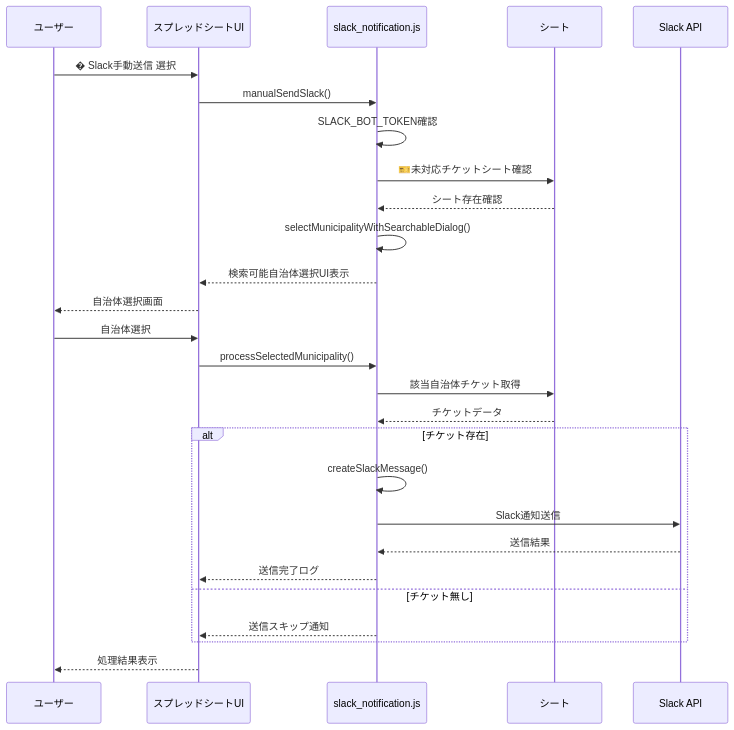
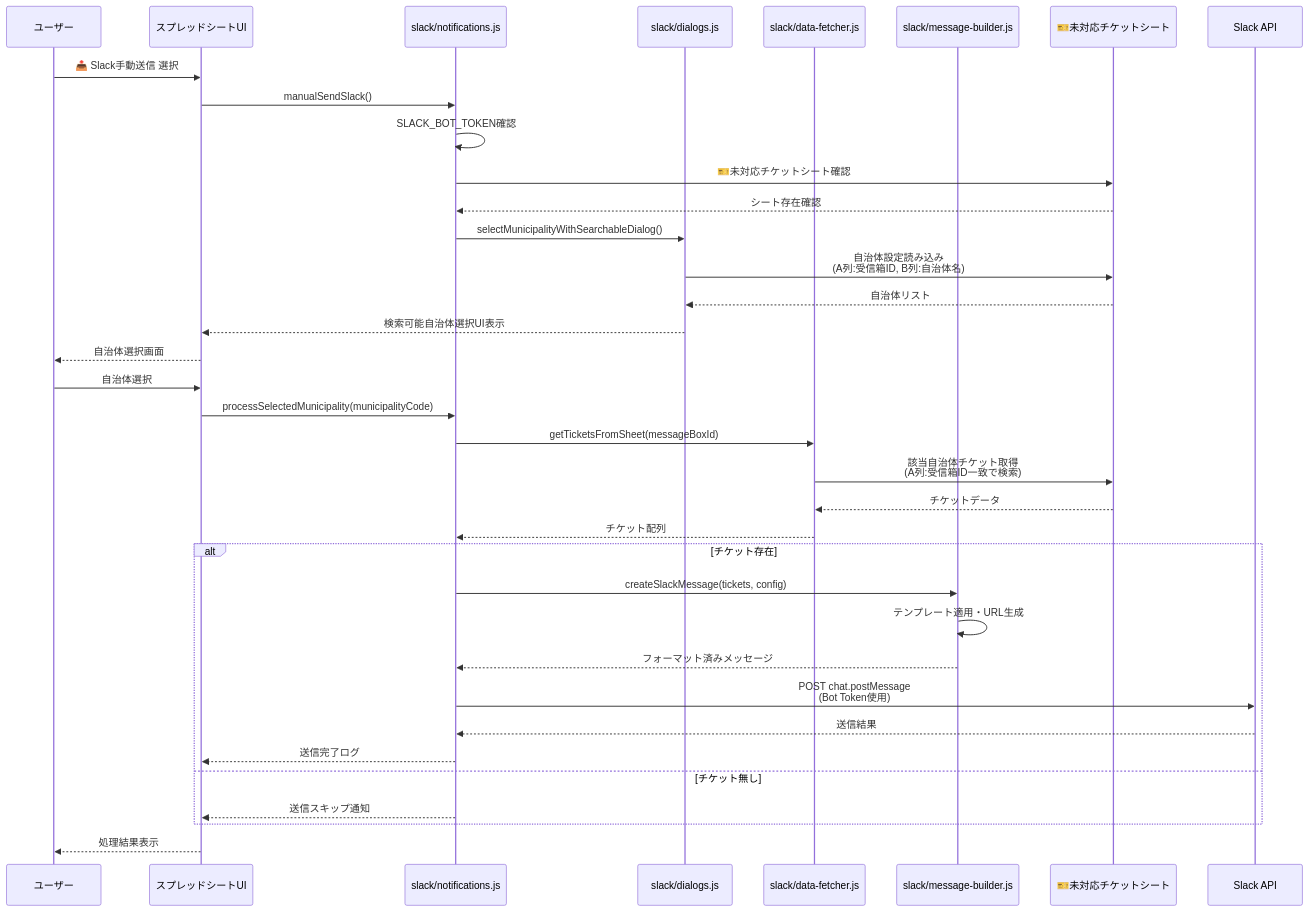
The fourth of 8 diagrams in docs/sequence-diagrams.md (steamship-inc/relation-bot), drawn with Mermaid before and after one commit. The commit also changed other lines of this file, not shown here.

````diff
--- a/docs/sequence-diagrams.md
+++ b/docs/sequence-diagrams.md
@@ -97,33 +97,46 @@
 ```mermaid
 sequenceDiagram
     participant User as ユーザー
     participant UI as スプレッドシートUI
-    participant SN as slack_notification.js
-    participant Sheet as シート
+    participant Notifications as slack/notifications.js
+    participant Dialogs as slack/dialogs.js
+    participant DataFetcher as slack/data-fetcher.js
+    participant MessageBuilder as slack/message-builder.js
+    participant TicketSheet as 🎫未対応チケットシート
     participant Slack as Slack API
 
-    User->>UI: � Slack手動送信 選択
-    UI->>SN: manualSendSlack()
-    SN->>SN: SLACK_BOT_TOKEN確認
-    SN->>Sheet: 🎫未対応チケットシート確認
-    Sheet-->>SN: シート存在確認
-    SN->>SN: selectMunicipalityWithSearchableDialog()
-    SN-->>UI: 検索可能自治体選択UI表示
+    User->>UI: 📤 Slack手動送信 選択
+    UI->>Notifications: manualSendSlack()
+    Notifications->>Notifications: SLACK_BOT_TOKEN確認
+    Notifications->>TicketSheet: 🎫未対応チケットシート確認
+    TicketSheet-->>Notifications: シート存在確認
+    
+    %% 自治体選択フロー
+    Notifications->>Dialogs: selectMunicipalityWithSearchableDialog()
+    Dialogs->>TicketSheet: 自治体設定読み込み<br/>(A列:受信箱ID, B列:自治体名)
+    TicketSheet-->>Dialogs: 自治体リスト
+    Dialogs-->>UI: 検索可能自治体選択UI表示
     UI-->>User: 自治体選択画面
     
+    %% 自治体選択後の処理
     User->>UI: 自治体選択
-    UI->>SN: processSelectedMunicipality()
-    SN->>Sheet: 該当自治体チケット取得
-    Sheet-->>SN: チケットデータ
+    UI->>Notifications: processSelectedMunicipality(municipalityCode)
+    Notifications->>DataFetcher: getTicketsFromSheet(messageBoxId)
+    DataFetcher->>TicketSheet: 該当自治体チケット取得<br/>(A列:受信箱ID一致で検索)
+    TicketSheet-->>DataFetcher: チケットデータ
+    DataFetcher-->>Notifications: チケット配列
     
     alt チケット存在
-        SN->>SN: createSlackMessage()
-        SN->>Slack: Slack通知送信
-        Slack-->>SN: 送信結果
-        SN-->>UI: 送信完了ログ
+        %% メッセージ作成・送信フロー
+        Notifications->>MessageBuilder: createSlackMessage(tickets, config)
+        MessageBuilder->>MessageBuilder: テンプレート適用・URL生成
+        MessageBuilder-->>Notifications: フォーマット済みメッセージ
+        Notifications->>Slack: POST chat.postMessage<br/>(Bot Token使用)
+        Slack-->>Notifications: 送信結果
+        Notifications-->>UI: 送信完了ログ
     else チケット無し
-        SN-->>UI: 送信スキップ通知
+        Notifications-->>UI: 送信スキップ通知
     end
     
     UI-->>User: 処理結果表示
 ```
````
